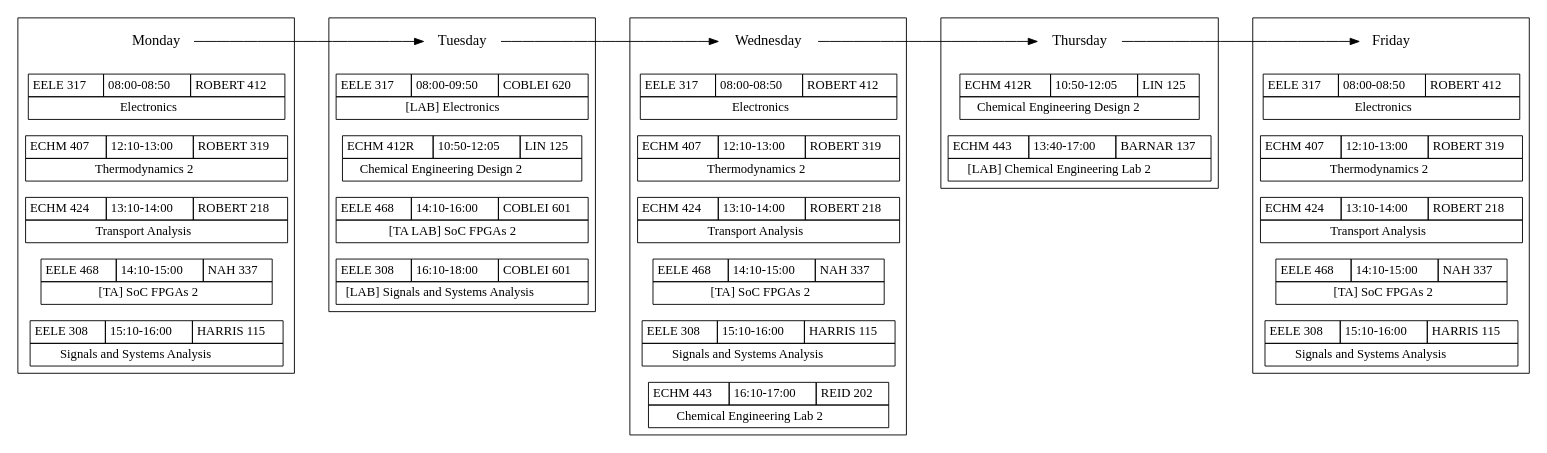
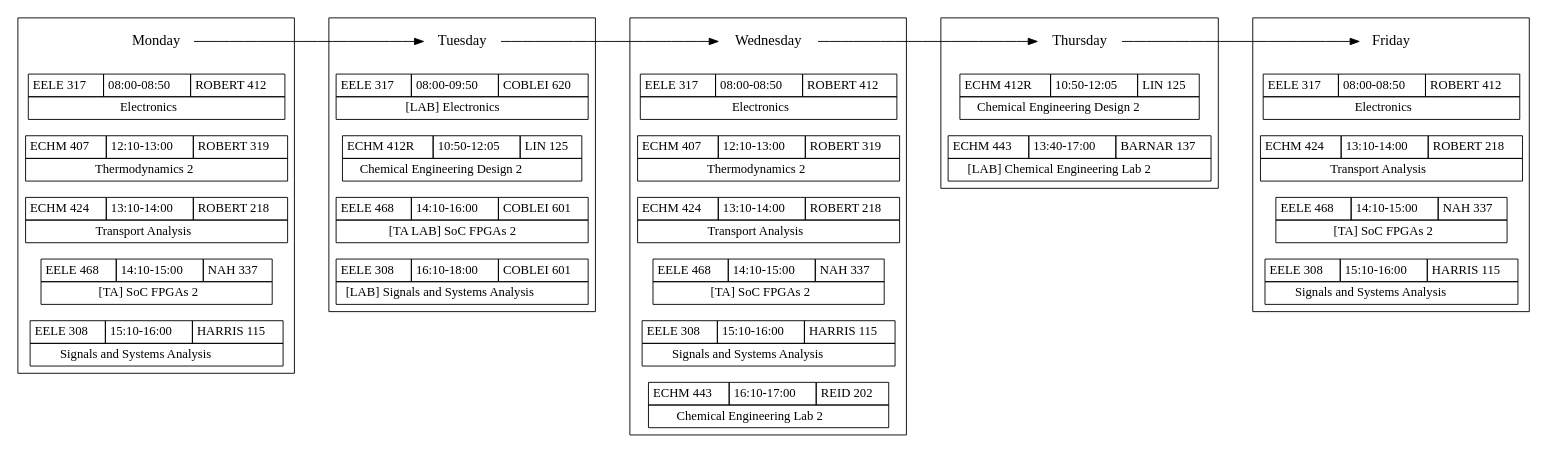
One commit to w-culhane/schedule-flowchart changed the diagram in schedule_4-senior-sem-2-spring.gv. Above: the diagram before and after it, drawn with Graphviz.

Commit message:
Remove erroneous class

```diff
--- a/schedule_4-senior-sem-2-spring.gv
+++ b/schedule_4-senior-sem-2-spring.gv
@@ -192,7 +192,7 @@
 		 </TABLE>>];
 
     {node [shape=none, margin=0]
-	subgraph clusterfriday { rank = same; "Friday"; "EELE317-f"; "ECHM407-f"; "ECHM424-f"; "EELE468-f-TA"; "EELE308-f"; }
+	subgraph clusterfriday { rank = same; "Friday"; "EELE317-f"; "ECHM424-f"; "EELE468-f-TA"; "EELE308-f"; }
     }
 
     "EELE317-f" [label=<
@@ -203,16 +203,6 @@
 		 <TD>ROBERT 412</TD>
 		 </TR>
 		 <TR><TD COLSPAN="3">Electronics</TD></TR>
-		 </TABLE>>];
-
-    "ECHM407-f" [label=<
-		 <TABLE BORDER="0" CELLBORDER="1" CELLSPACING="0" CELLPADDING="4">
-		 <TR>
-		 <TD>ECHM 407</TD>
-		 <TD>12:10-13:00</TD>
-		 <TD>ROBERT 319</TD>
-		 </TR>
-		 <TR><TD COLSPAN="3">Thermodynamics 2</TD></TR>
 		 </TABLE>>];
 
     "ECHM424-f" [label=<
```
